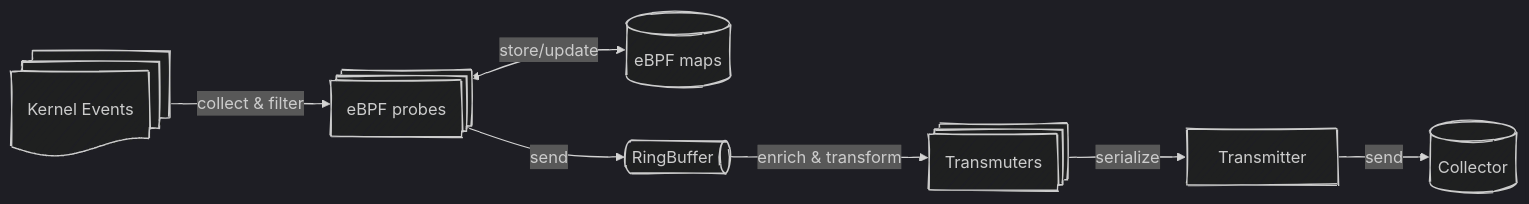
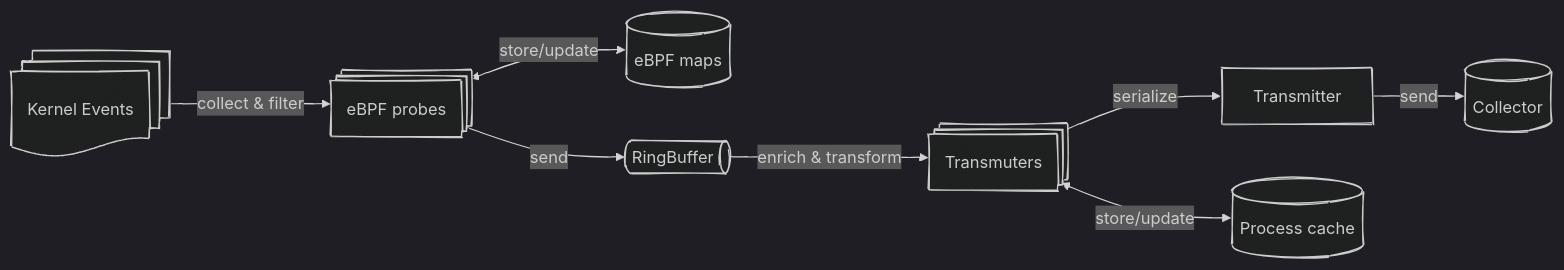
One commit to bombinisecurity/bombini changed the second of 2 diagrams in docs/src/design.md. Above: the diagram before and after it, drawn with Mermaid (dark theme). The commit also changed other lines of this file and 9 other files, not shown here.

````diff
--- a/docs/src/design.md
+++ b/docs/src/design.md
@@ -72,21 +74,23 @@
 ```mermaid
 ---
 config:
   layout: dagre
   look: handDrawn
 ---
 flowchart LR
     A["Kernel Events"] -- collect & filter --> B["eBPF probes"]
     B <-- store/update --> C["eBPF maps"]
     B -- send --> D["RingBuffer"]
     D --enrich & transform --> E["Transmuters"]
     E -- serialize --> F["Transmitter"]
     F -- send --> G["Collector"]
+    E <-- store/update --> I["Process cache"]
 
     A@{ shape: docs}
     B@{ shape: processes}
     C@{ shape: cyl}
     D@{ shape: das}
     E@{ shape: processes}
     G@{ shape: cyl}
+    I@{ shape: cyl}
 ```
````
